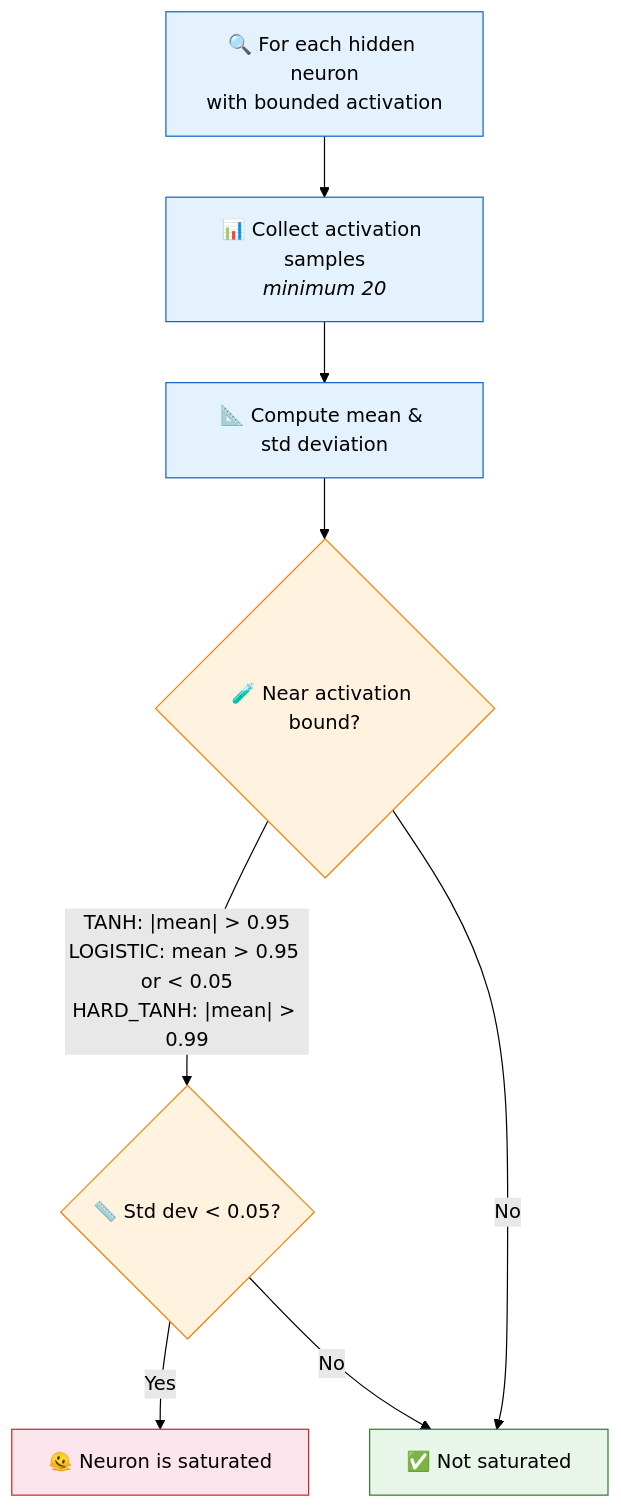
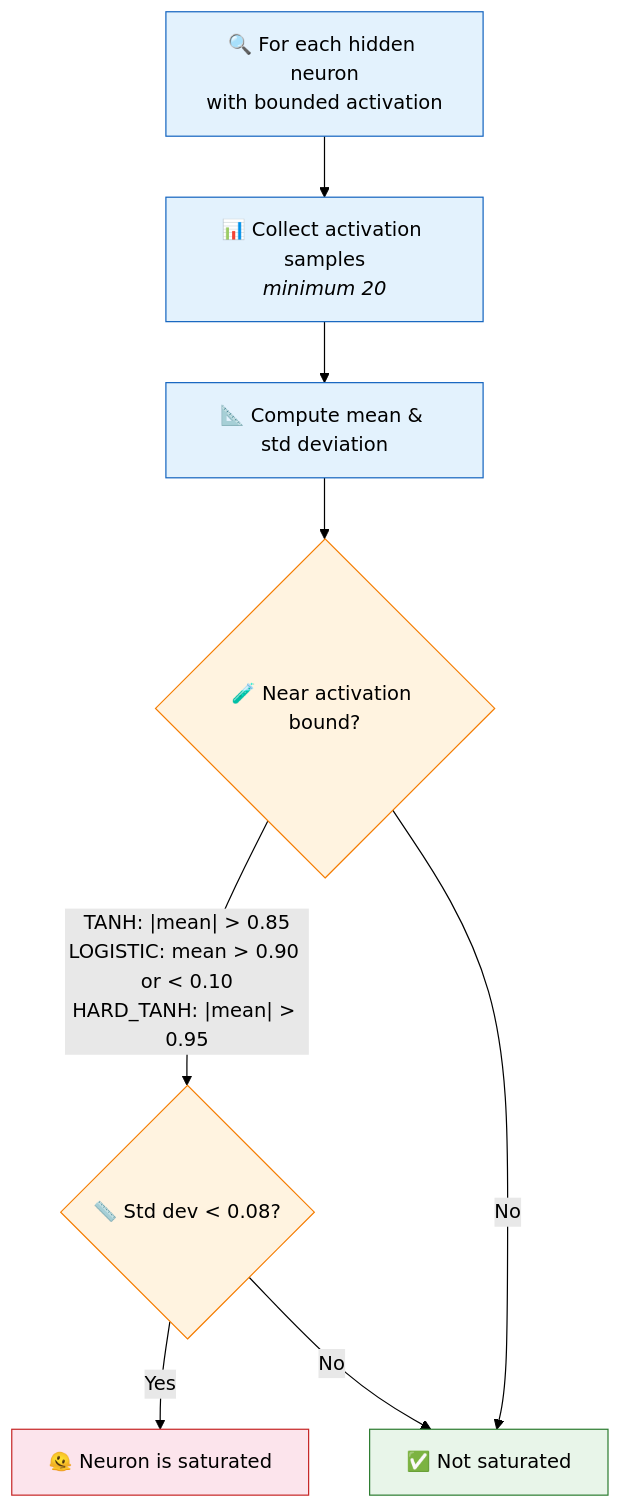
One commit to stSoftwareAU/NEAT-AI-Discovery changed the second of 4 diagrams in docs/discoveries/saturated-neuron.md. Above: the diagram before and after it, drawn with Mermaid (forest theme). The commit also changed 6 other files, not shown here.

````diff
--- a/docs/discoveries/saturated-neuron.md
+++ b/docs/discoveries/saturated-neuron.md
@@ -45,17 +45,17 @@
 ```mermaid
 flowchart TD
     A["🔍 For each hidden neuron<br/>with bounded activation"] --> B["📊 Collect activation samples<br/><i>minimum 20</i>"]
     B --> C["📐 Compute mean & std deviation"]
     C --> D{"🧪 Near activation bound?"}
-    D -->|"TANH: |mean| > 0.95<br/>LOGISTIC: mean > 0.95 or < 0.05<br/>HARD_TANH: |mean| > 0.99"| E{"📏 Std dev < 0.05?"}
+    D -->|"TANH: |mean| > 0.85<br/>LOGISTIC: mean > 0.90 or < 0.10<br/>HARD_TANH: |mean| > 0.95"| E{"📏 Std dev < 0.08?"}
     D -->|"No"| G["✅ Not saturated"]
     E -->|"Yes"| F["🫠 Neuron is saturated"]
     E -->|"No"| G
     style A fill:#e3f2fd,stroke:#1565c0,color:#000
     style B fill:#e3f2fd,stroke:#1565c0,color:#000
     style C fill:#e3f2fd,stroke:#1565c0,color:#000
     style D fill:#fff3e0,stroke:#f57c00,color:#000
     style E fill:#fff3e0,stroke:#f57c00,color:#000
     style F fill:#fce4ec,stroke:#c62828,color:#000
     style G fill:#e8f5e9,stroke:#2e7d32,color:#000
 ```
````
